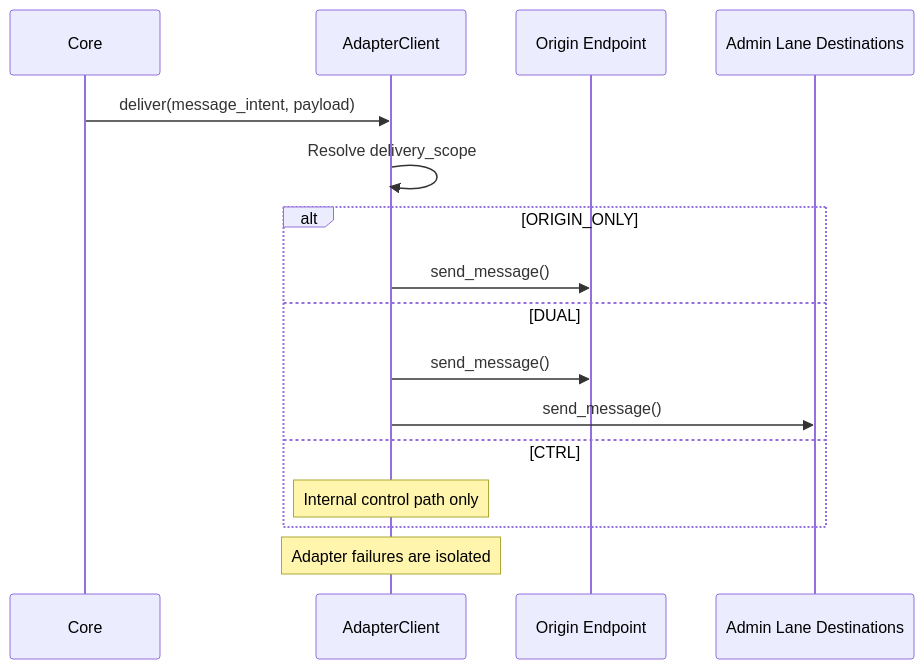
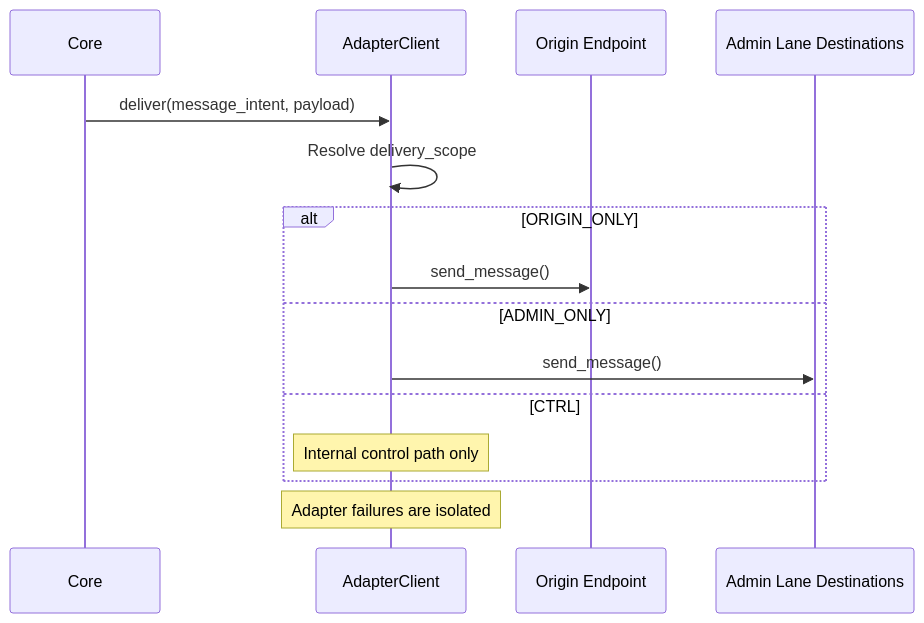
One commit to InstruktAI/TeleClaude changed the third of 6 diagrams in docs/project/design/architecture/adapter-client.md. Above: the diagram before and after it, drawn with Mermaid. The commit also changed other lines of this file and 8 other files, not shown here.

````diff
--- a/docs/project/design/architecture/adapter-client.md
+++ b/docs/project/design/architecture/adapter-client.md
@@ -88,19 +88,18 @@
 ```mermaid
 sequenceDiagram
     participant Core
     participant AC as AdapterClient
     participant Origin as Origin Endpoint
     participant Admin as Admin Lane Destinations
 
     Core->>AC: deliver(message_intent, payload)
     AC->>AC: Resolve delivery_scope
     alt ORIGIN_ONLY
         AC->>Origin: send_message()
-    else DUAL
-        AC->>Origin: send_message()
+    else ADMIN_ONLY
         AC->>Admin: send_message()
     else CTRL
         Note over AC: Internal control path only
     end
     Note over AC: Adapter failures are isolated
 ```
````
